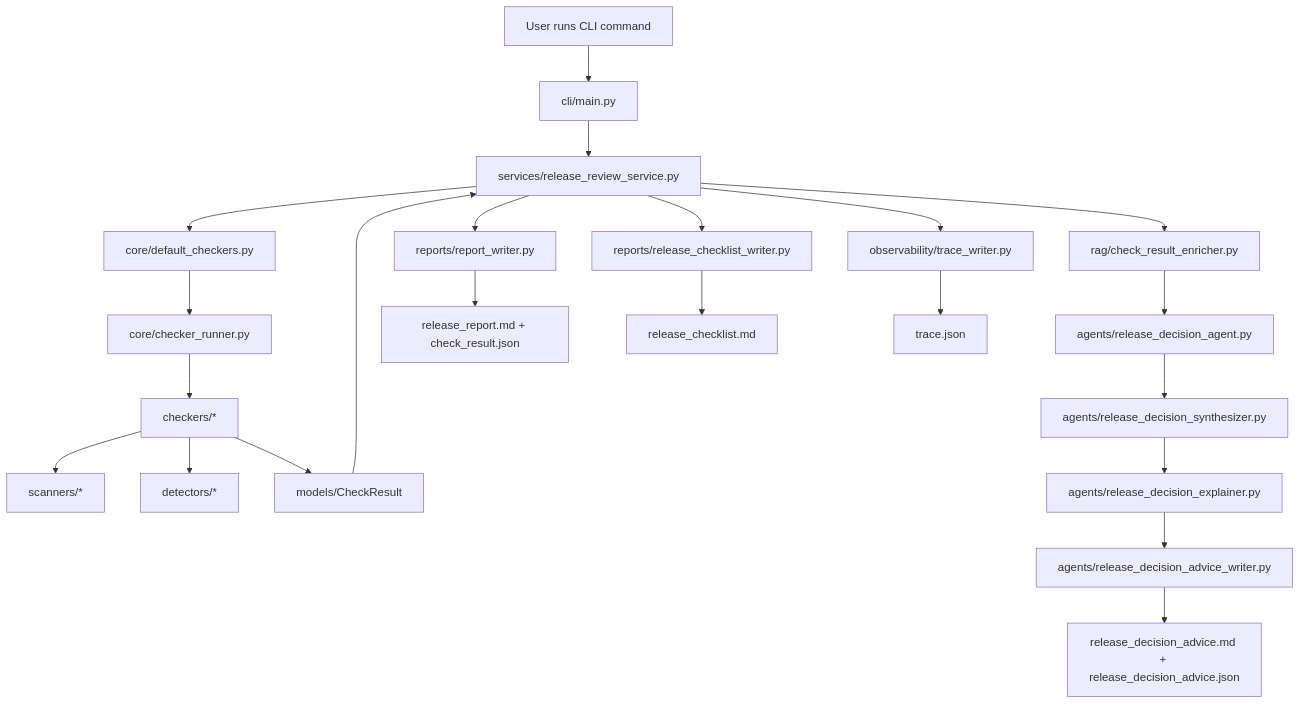
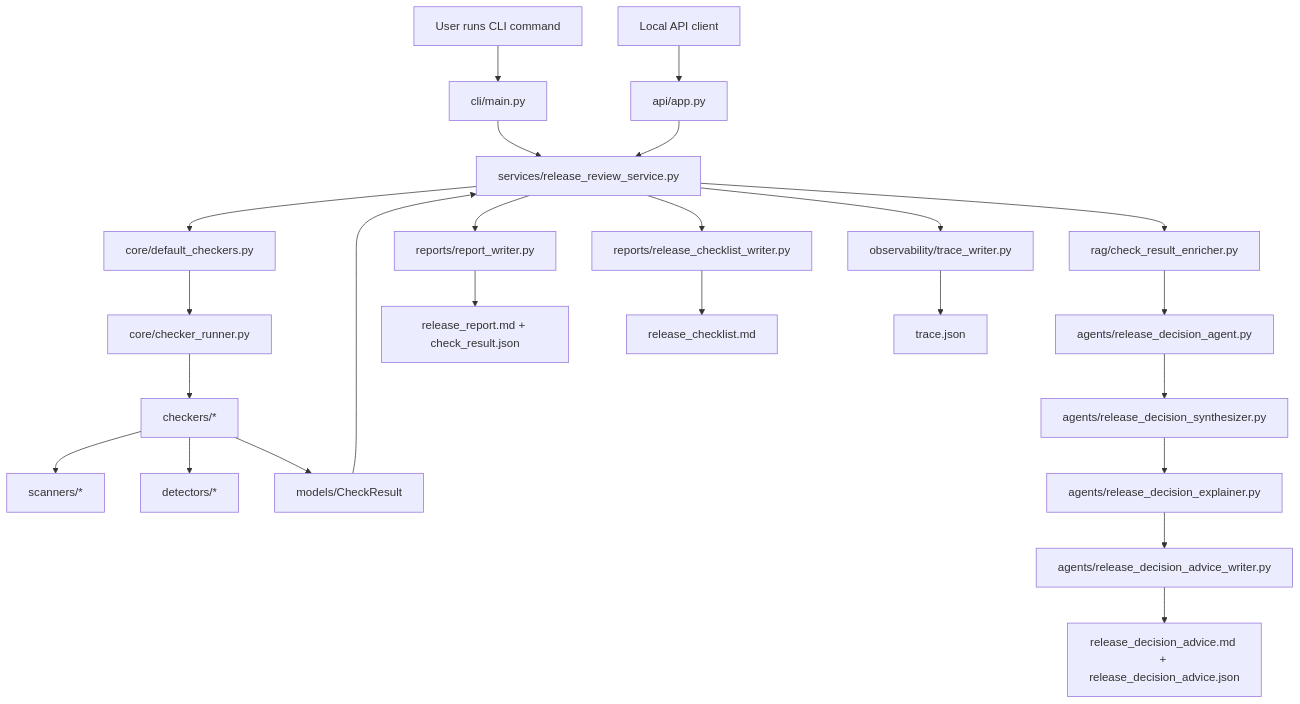
The diagram in docs/architecture/current-architecture.md (shenyuoo7/releaseguard-agent), drawn with Mermaid before and after one commit. The commit also changed other lines of this file and 16 other files, not shown here.

````diff
--- a/docs/architecture/current-architecture.md
+++ b/docs/architecture/current-architecture.md
@@ -43,31 +44,33 @@
 ```mermaid
 flowchart TD
     User["User runs CLI command"] --> CLI["cli/main.py"]
+    APIUser["Local API client"] --> API["api/app.py"]
 
     CLI --> Service["services/release_review_service.py"]
+    API --> Service
     Service --> RunnerFactory["core/default_checkers.py"]
     RunnerFactory --> Runner["core/checker_runner.py"]
 
     Runner --> Checkers["checkers/*"]
     Checkers --> Scanners["scanners/*"]
     Checkers --> Detectors["detectors/*"]
 
     Checkers --> Results["models/CheckResult"]
 
     Results --> Service
     Service --> ReportWriter["reports/report_writer.py"]
     Service --> ChecklistWriter["reports/release_checklist_writer.py"]
     Service --> RAG["rag/check_result_enricher.py"]
 
     RAG --> Agent["agents/release_decision_agent.py"]
     Agent --> Synthesizer["agents/release_decision_synthesizer.py"]
     Synthesizer --> Explainer["agents/release_decision_explainer.py"]
     Explainer --> AdviceWriter["agents/release_decision_advice_writer.py"]
 
     Service --> TraceWriter["observability/trace_writer.py"]
 
     ReportWriter --> ReportArtifacts["release_report.md + check_result.json"]
     ChecklistWriter --> ChecklistArtifact["release_checklist.md"]
     AdviceWriter --> AdviceArtifacts["release_decision_advice.md + release_decision_advice.json"]
     TraceWriter --> TraceArtifact["trace.json"]
 ```
````
